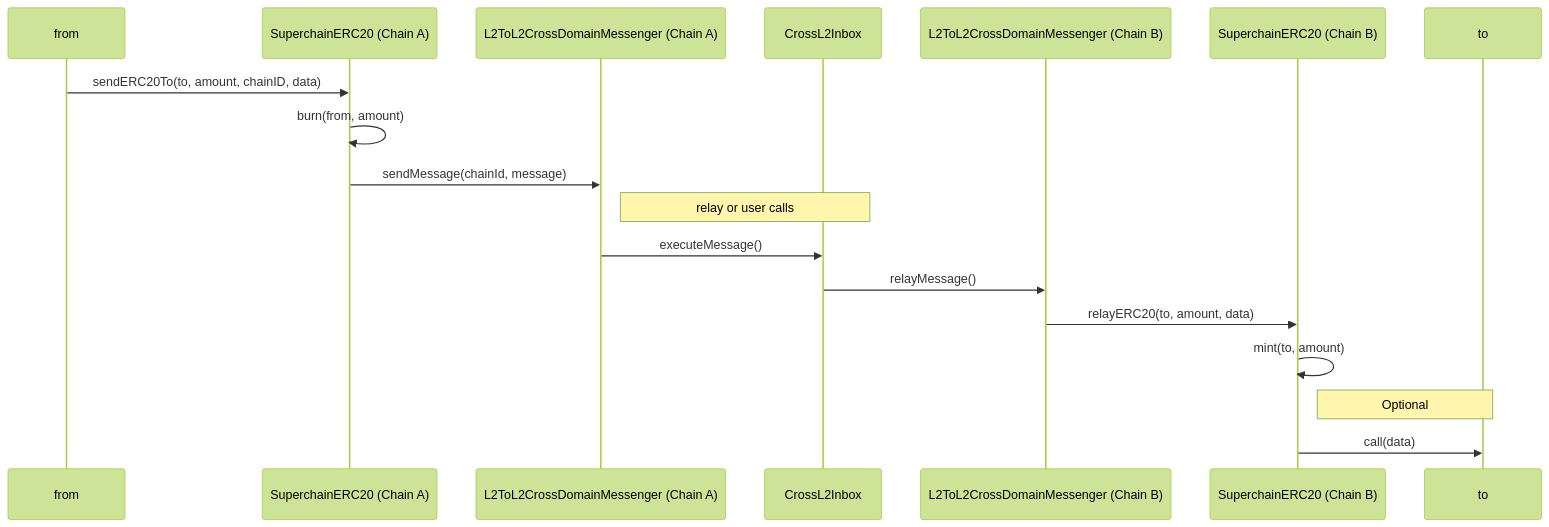
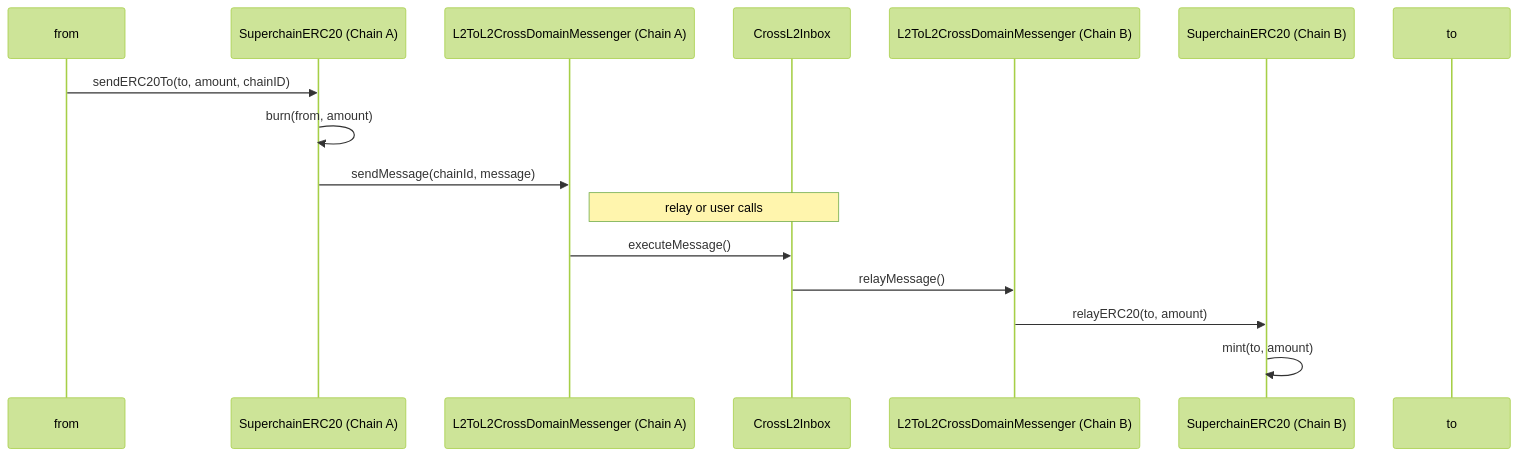
One commit to ethereum-optimism/specs changed the first of 2 diagrams in specs/interop/token-bridging.md. Above: the diagram before and after it, drawn with Mermaid (forest theme). The commit also changed other lines of this file, not shown here.

Commit message:
feat: removed data from inputs

````diff
--- a/specs/interop/token-bridging.md
+++ b/specs/interop/token-bridging.md
@@ -87,21 +85,19 @@
 ```mermaid
 sequenceDiagram
   participant from
   participant SuperERC20_A as SuperchainERC20 (Chain A)
   participant Messenger_A as L2ToL2CrossDomainMessenger (Chain A)
   participant Inbox as CrossL2Inbox
   participant Messenger_B as L2ToL2CrossDomainMessenger (Chain B)
   participant SuperERC20_B as SuperchainERC20 (Chain B)
   participant Recipient as to
 
-  from->>SuperERC20_A: sendERC20To(to, amount, chainID, data)
+  from->>SuperERC20_A: sendERC20To(to, amount, chainID)
   SuperERC20_A->>SuperERC20_A: burn(from, amount)
   SuperERC20_A->>Messenger_A: sendMessage(chainId, message)
   note right of Messenger_A: relay or user calls
   Messenger_A->>Inbox: executeMessage()
   Inbox->>Messenger_B: relayMessage()
-  Messenger_B->>SuperERC20_B: relayERC20(to, amount, data)
+  Messenger_B->>SuperERC20_B: relayERC20(to, amount)
   SuperERC20_B->>SuperERC20_B: mint(to, amount)
-  note right of SuperERC20_B: Optional
-  SuperERC20_B->>Recipient: call(data)
 ```
````
